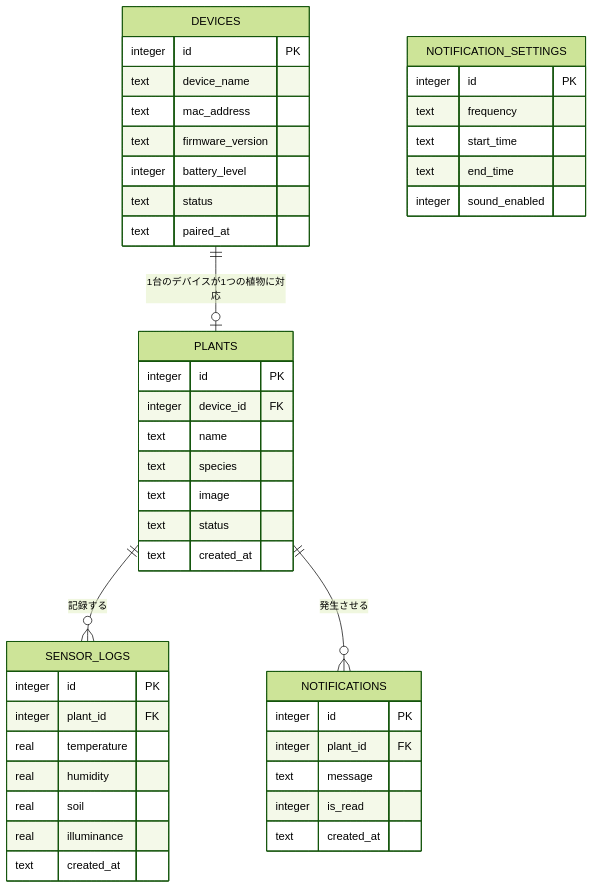
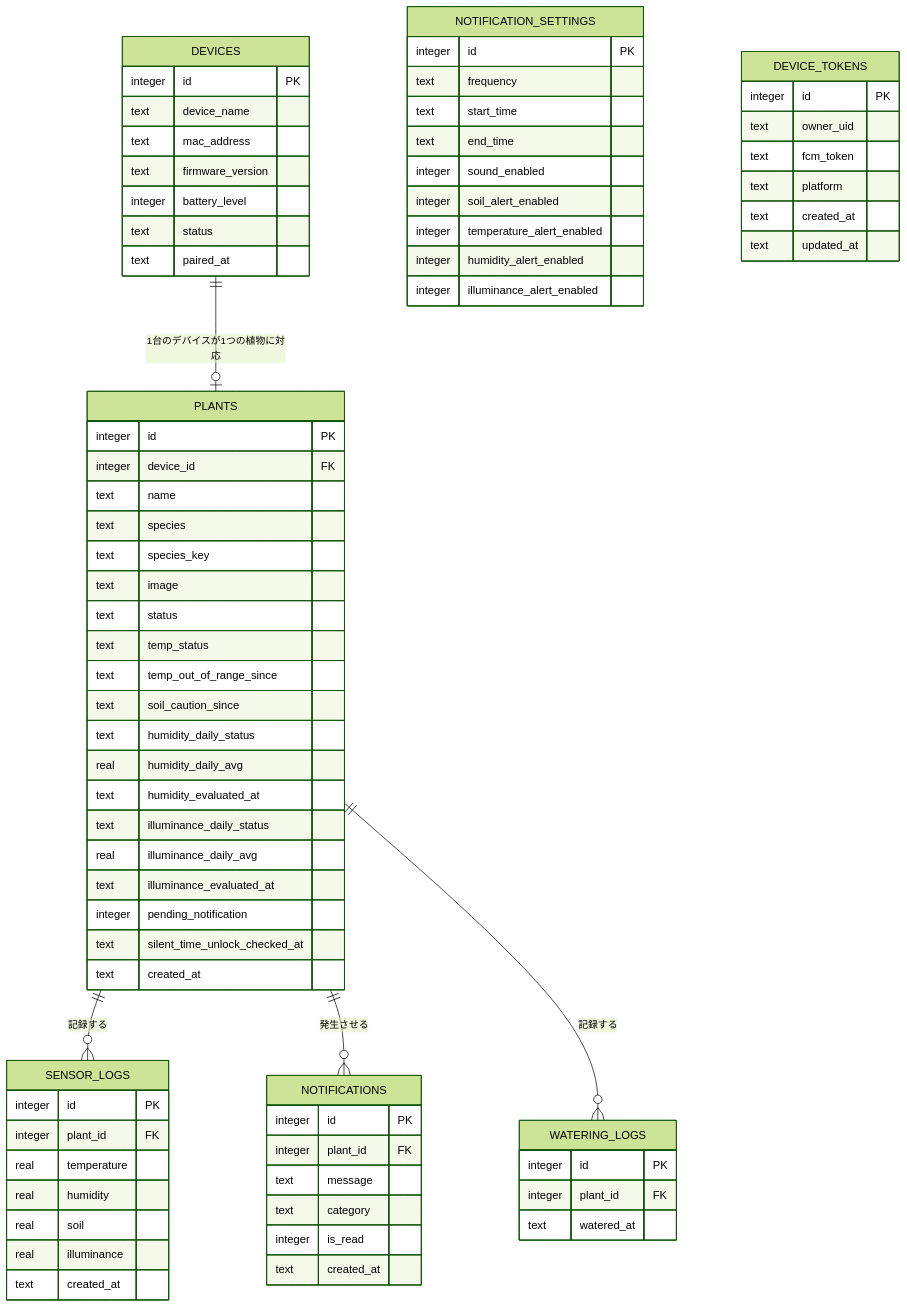
Before and after one commit to Amemiyakana890/plant-monitoring: the diagram in docs/system-design.md, drawn with Mermaid (forest theme). The commit also changed other lines of this file and 7 other files, not shown here.

````diff
--- a/docs/system-design.md
+++ b/docs/system-design.md
@@ -309,6 +366,7 @@
     DEVICES ||--o| PLANTS : "1台のデバイスが1つの植物に対応"
     PLANTS ||--o{ SENSOR_LOGS : "記録する"
     PLANTS ||--o{ NOTIFICATIONS : "発生させる"
+    PLANTS ||--o{ WATERING_LOGS : "記録する"
 
     DEVICES {
         integer id PK
@@ -325,8 +383,20 @@
         integer device_id FK
         text name
         text species
+        text species_key
         text image
         text status
+        text temp_status
+        text temp_out_of_range_since
+        text soil_caution_since
+        text humidity_daily_status
+        real humidity_daily_avg
+        text humidity_evaluated_at
+        text illuminance_daily_status
+        real illuminance_daily_avg
+        text illuminance_evaluated_at
+        integer pending_notification
+        text silent_time_unlock_checked_at
         text created_at
     }
 
@@ -340,10 +410,17 @@
         text created_at
     }
 
+    WATERING_LOGS {
+        integer id PK
+        integer plant_id FK
+        text watered_at
+    }
+
     NOTIFICATIONS {
         integer id PK
         integer plant_id FK
         text message
+        text category
         integer is_read
         text created_at
     }
@@ -354,5 +431,18 @@
         text start_time
         text end_time
         integer sound_enabled
+        integer soil_alert_enabled
+        integer temperature_alert_enabled
+        integer humidity_alert_enabled
+        integer illuminance_alert_enabled
+    }
+
+    DEVICE_TOKENS {
+        integer id PK
+        text owner_uid
+        text fcm_token
+        text platform
+        text created_at
+        text updated_at
     }
 ```
````
